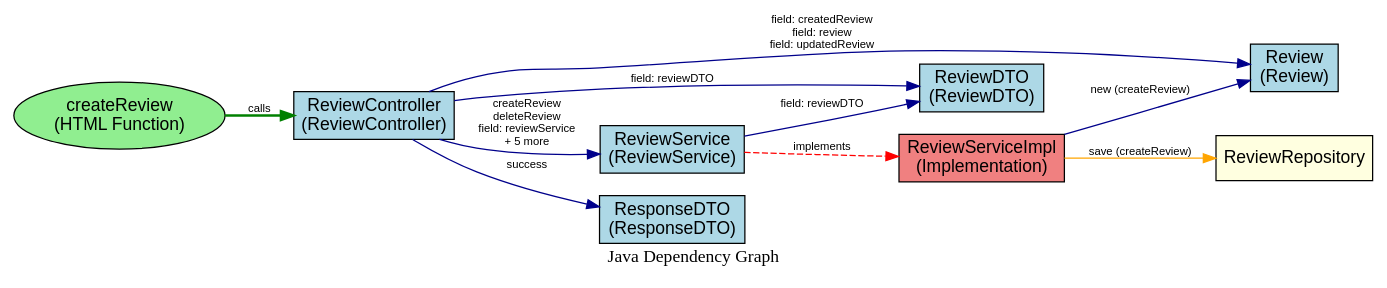
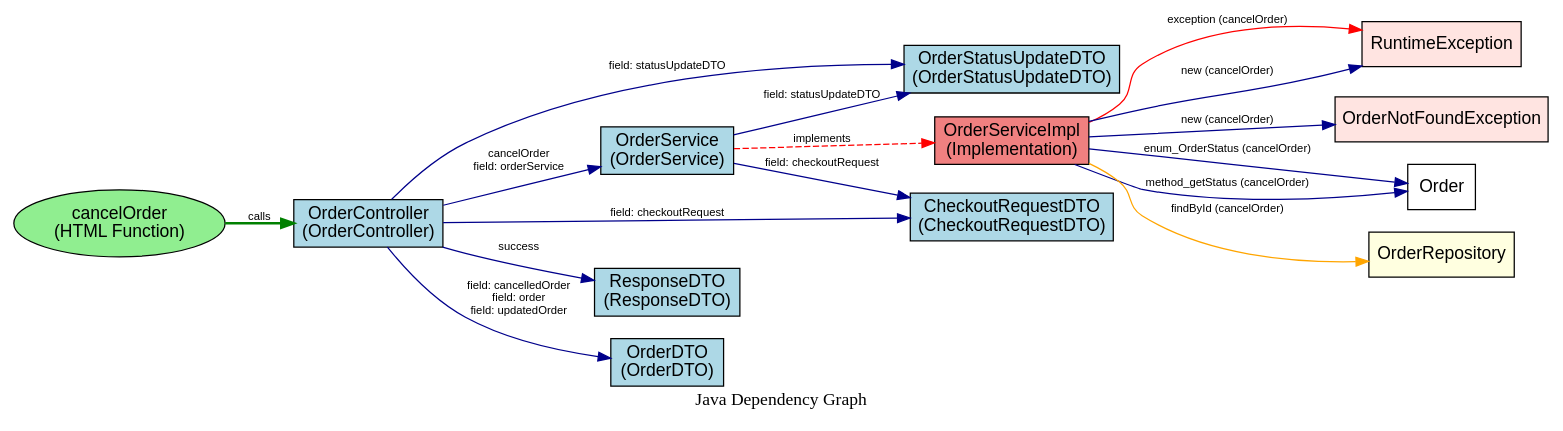
Before and after one commit to tudao164/DependGraphForJava2: the diagram in dependencies.dot, drawn with Graphviz. The commit also changed 6 other files, not shown here.

Commit message:
Fix nhieu function noi voi service

```diff
--- a/dependencies.dot
+++ b/dependencies.dot
@@ -1,32 +1,44 @@
 digraph JavaDependencies {
     rankdir=LR;
     node [shape=box, style=filled, fillcolor=lightblue, fontname="Arial"];
     edge [fontname="Arial", fontsize=9, color=darkblue];
     graph [fontname="Arial Bold", fontsize=14, label="Java Dependency Graph"];
 
-    "Review" [label="Review\n(Review)", URL="javascript:showNodeInfo('Review')", fillcolor="lightblue"];
-    "ReviewDTO" [label="ReviewDTO\n(ReviewDTO)", URL="javascript:showNodeInfo('ReviewDTO')", fillcolor="lightblue"];
-    "ReviewService" [label="ReviewService\n(ReviewService)", URL="javascript:showNodeInfo('ReviewService')", fillcolor="lightblue"];
+    "OrderStatusUpdateDTO" [label="OrderStatusUpdateDTO\n(OrderStatusUpdateDTO)", URL="javascript:showNodeInfo('OrderStatusUpdateDTO')", fillcolor="lightblue"];
+    "CheckoutRequestDTO" [label="CheckoutRequestDTO\n(CheckoutRequestDTO)", URL="javascript:showNodeInfo('CheckoutRequestDTO')", fillcolor="lightblue"];
     "ResponseDTO" [label="ResponseDTO\n(ResponseDTO)", URL="javascript:showNodeInfo('ResponseDTO')", fillcolor="lightblue"];
-    "ReviewController" [label="ReviewController\n(ReviewController)", URL="javascript:showNodeInfo('ReviewController')", fillcolor="lightblue"];
+    "OrderController" [label="OrderController\n(OrderController)", URL="javascript:showNodeInfo('OrderController')", fillcolor="lightblue"];
+    "OrderDTO" [label="OrderDTO\n(OrderDTO)", URL="javascript:showNodeInfo('OrderDTO')", fillcolor="lightblue"];
+    "OrderService" [label="OrderService\n(OrderService)", URL="javascript:showNodeInfo('OrderService')", fillcolor="lightblue"];
 
     // Dependencies with method calls
-    "ReviewController" -> "ResponseDTO" [label="success", URL="javascript:showEdgeInfo('ReviewController', 'ResponseDTO')"];
-    "ReviewController" -> "ReviewService" [label="createReview\ndeleteReview\nfield: reviewService\n+ 5 more", URL="javascript:showEdgeInfo('ReviewController', 'ReviewService')"];
-    "ReviewController" -> "Review" [label="field: createdReview\nfield: review\nfield: updatedReview", URL="javascript:showEdgeInfo('ReviewController', 'Review')"];
-    "ReviewController" -> "ReviewDTO" [label="field: reviewDTO", URL="javascript:showEdgeInfo('ReviewController', 'ReviewDTO')"];
-    "ReviewService" -> "ReviewDTO" [label="field: reviewDTO", URL="javascript:showEdgeInfo('ReviewService', 'ReviewDTO')"];
+    "OrderController" -> "ResponseDTO" [label="success", URL="javascript:showEdgeInfo('OrderController', 'ResponseDTO')"];
+    "OrderController" -> "OrderService" [label="cancelOrder\nfield: orderService", URL="javascript:showEdgeInfo('OrderController', 'OrderService')"];
+    "OrderController" -> "OrderDTO" [label="field: cancelledOrder\nfield: order\nfield: updatedOrder", URL="javascript:showEdgeInfo('OrderController', 'OrderDTO')"];
+    "OrderController" -> "CheckoutRequestDTO" [label="field: checkoutRequest", URL="javascript:showEdgeInfo('OrderController', 'CheckoutRequestDTO')"];
+    "OrderController" -> "OrderStatusUpdateDTO" [label="field: statusUpdateDTO", URL="javascript:showEdgeInfo('OrderController', 'OrderStatusUpdateDTO')"];
+    "OrderService" -> "CheckoutRequestDTO" [label="field: checkoutRequest", URL="javascript:showEdgeInfo('OrderService', 'CheckoutRequestDTO')"];
+    "OrderService" -> "OrderStatusUpdateDTO" [label="field: statusUpdateDTO", URL="javascript:showEdgeInfo('OrderService', 'OrderStatusUpdateDTO')"];
 
     // Service Implementation Nodes
-    "ReviewServiceImpl" [label="ReviewServiceImpl\n(Implementation)", URL="javascript:showNodeInfo('ReviewServiceImpl')", fillcolor="lightcoral", shape="box"];
-    "ReviewService" -> "ReviewServiceImpl" [label="implements", URL="javascript:showEdgeInfo('ReviewService', 'ReviewServiceImpl')", color="red", style="dashed"];
+    "OrderServiceImpl" [label="OrderServiceImpl\n(Implementation)", URL="javascript:showNodeInfo('OrderServiceImpl')", fillcolor="lightcoral", shape="box"];
+    "OrderService" -> "OrderServiceImpl" [label="implements", URL="javascript:showEdgeInfo('OrderService', 'OrderServiceImpl')", color="red", style="dashed"];
 
-    // createReview method dependencies in ReviewServiceImpl
-    "ReviewServiceImpl" -> "Review" [label="new (createReview)", URL="javascript:showEdgeInfo('ReviewServiceImpl', 'Review')"];
-    "ReviewRepository" [label="ReviewRepository", URL="javascript:showNodeInfo('ReviewRepository')", fillcolor="lightyellow", shape="box"];
-    "ReviewServiceImpl" -> "ReviewRepository" [label="save (createReview)", URL="javascript:showEdgeInfo('ReviewServiceImpl', 'ReviewRepository')", color="orange"];
+    // cancelOrder method dependencies in OrderServiceImpl
+    "RuntimeException" [label="RuntimeException", URL="javascript:showNodeInfo('RuntimeException')", fillcolor="mistyrose", shape="box"];
+    "OrderServiceImpl" -> "RuntimeException" [label="exception (cancelOrder)", URL="javascript:showEdgeInfo('OrderServiceImpl', 'RuntimeException')", color="red"];
+    "RuntimeException" [label="RuntimeException", URL="javascript:showNodeInfo('RuntimeException')", fillcolor="mistyrose", shape="box"];
+    "OrderServiceImpl" -> "RuntimeException" [label="new (cancelOrder)", URL="javascript:showEdgeInfo('OrderServiceImpl', 'RuntimeException')"];
+    "OrderNotFoundException" [label="OrderNotFoundException", URL="javascript:showNodeInfo('OrderNotFoundException')", fillcolor="mistyrose", shape="box"];
+    "OrderServiceImpl" -> "OrderNotFoundException" [label="new (cancelOrder)", URL="javascript:showEdgeInfo('OrderServiceImpl', 'OrderNotFoundException')"];
+    "Order" [label="Order", URL="javascript:showNodeInfo('Order')", fillcolor="white", shape="box"];
+    "OrderServiceImpl" -> "Order" [label="enum_OrderStatus (cancelOrder)", URL="javascript:showEdgeInfo('OrderServiceImpl', 'Order')"];
+    "OrderRepository" [label="OrderRepository", URL="javascript:showNodeInfo('OrderRepository')", fillcolor="lightyellow", shape="box"];
+    "OrderServiceImpl" -> "OrderRepository" [label="findById (cancelOrder)", URL="javascript:showEdgeInfo('OrderServiceImpl', 'OrderRepository')", color="orange"];
+    "Order" [label="Order", URL="javascript:showNodeInfo('Order')", fillcolor="white", shape="box"];
+    "OrderServiceImpl" -> "Order" [label="method_getStatus (cancelOrder)", URL="javascript:showEdgeInfo('OrderServiceImpl', 'Order')"];
 
     // HTML Function Nodes
-    "HTML_createReview" [label="createReview\n(HTML Function)", URL="javascript:showNodeInfo('HTML_createReview')", fillcolor="lightgreen", shape="ellipse"];
-    "HTML_createReview" -> "ReviewController" [label="calls", URL="javascript:showEdgeInfo('HTML_createReview', 'ReviewController')", color="green", style="bold"];
+    "HTML_cancelOrder" [label="cancelOrder\n(HTML Function)", URL="javascript:showNodeInfo('HTML_cancelOrder')", fillcolor="lightgreen", shape="ellipse"];
+    "HTML_cancelOrder" -> "OrderController" [label="calls", URL="javascript:showEdgeInfo('HTML_cancelOrder', 'OrderController')", color="green", style="bold"];
 }
```
